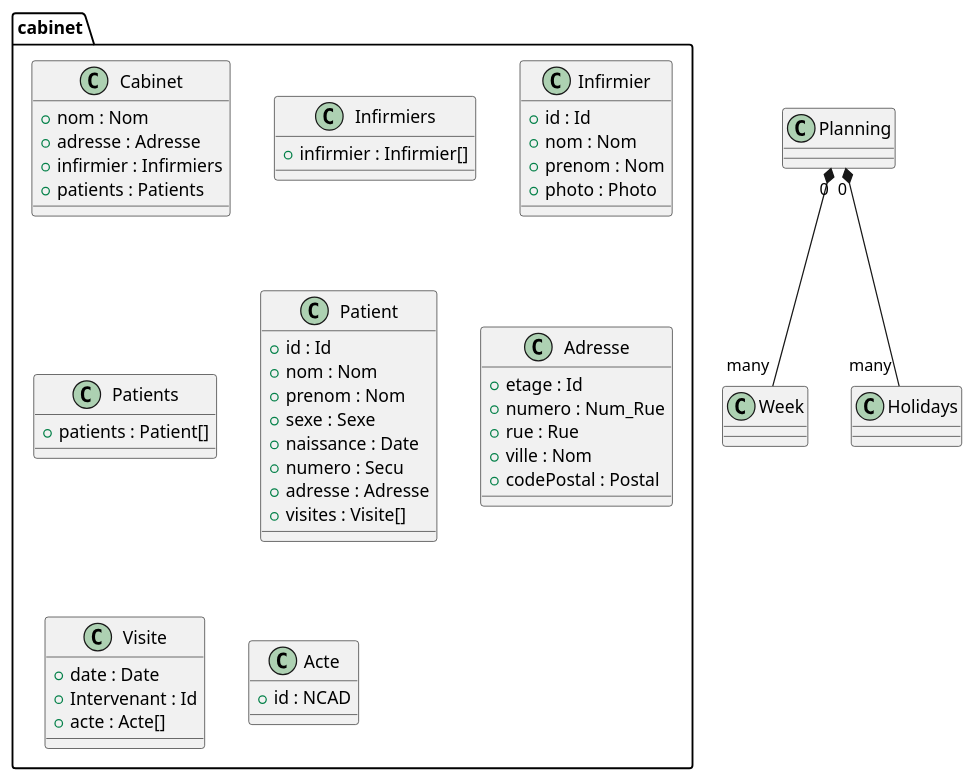
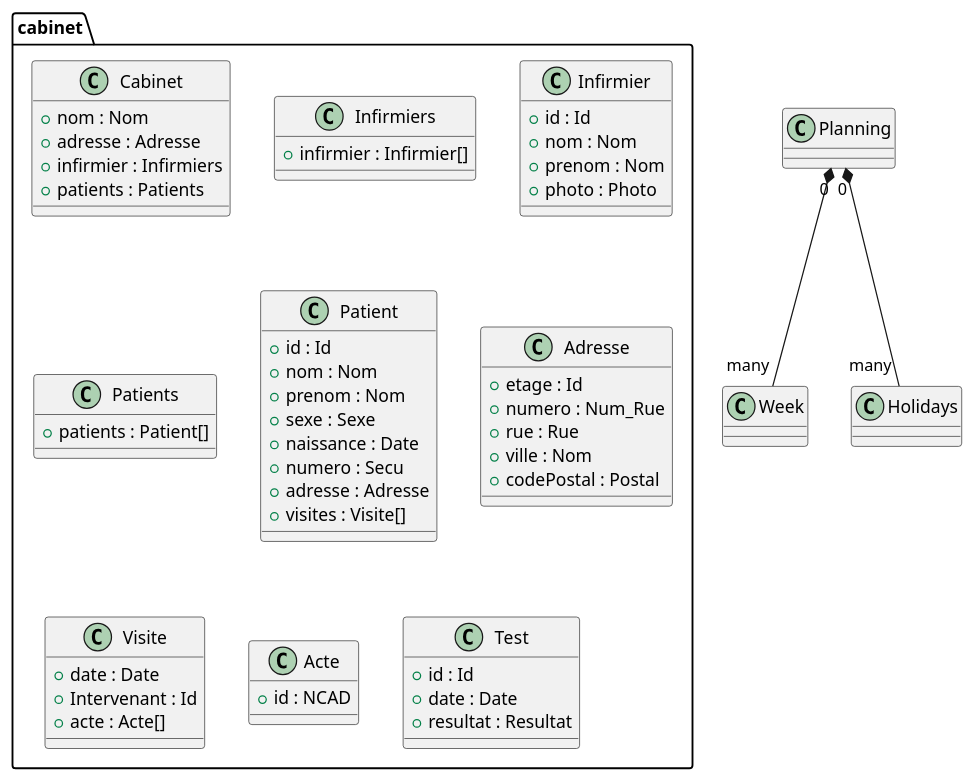
One commit to SolarHauks/CabinetInfirmier changed the diagram in data/plan.pu. Above: the diagram before and after it, drawn with PlantUML.

```diff
--- a/data/plan.pu
+++ b/data/plan.pu
@@ -1,62 +1,67 @@
 @startuml
 
     package cabinet {
         class Cabinet {
             +nom : Nom
             +adresse : Adresse
             +infirmier : Infirmiers
             +patients : Patients
         }
         
         class Infirmiers {
             +infirmier : Infirmier[]
         }
         
         class Infirmier {
             +id : Id
             +nom : Nom
             +prenom : Nom
             +photo : Photo
         }
         
         class Patients {
             +patients : Patient[]
         }
         
         class Patient {
             +id : Id
             +nom : Nom
             +prenom : Nom
             +sexe : Sexe
             +naissance : Date
             +numero : Secu
             +adresse : Adresse
             +visites : Visite[]
         }
         
         class Adresse {
             +etage : Id
             +numero : Num_Rue
             +rue : Rue
             +ville : Nom
             +codePostal : Postal
         }
         
         class Visite {
             +date : Date
             +Intervenant : Id
             +acte : Acte[]
         }
         
         class Acte {
             +id : NCAD
         }
         
+        class Test {
+            +id : Id
+            +date : Date
+            +resultat : Resultat
+        }
         
     }
 
 Planning "0" *-- "many" Week
 Planning "0" *-- "many" Holidays
 
 
 @enduml
```
